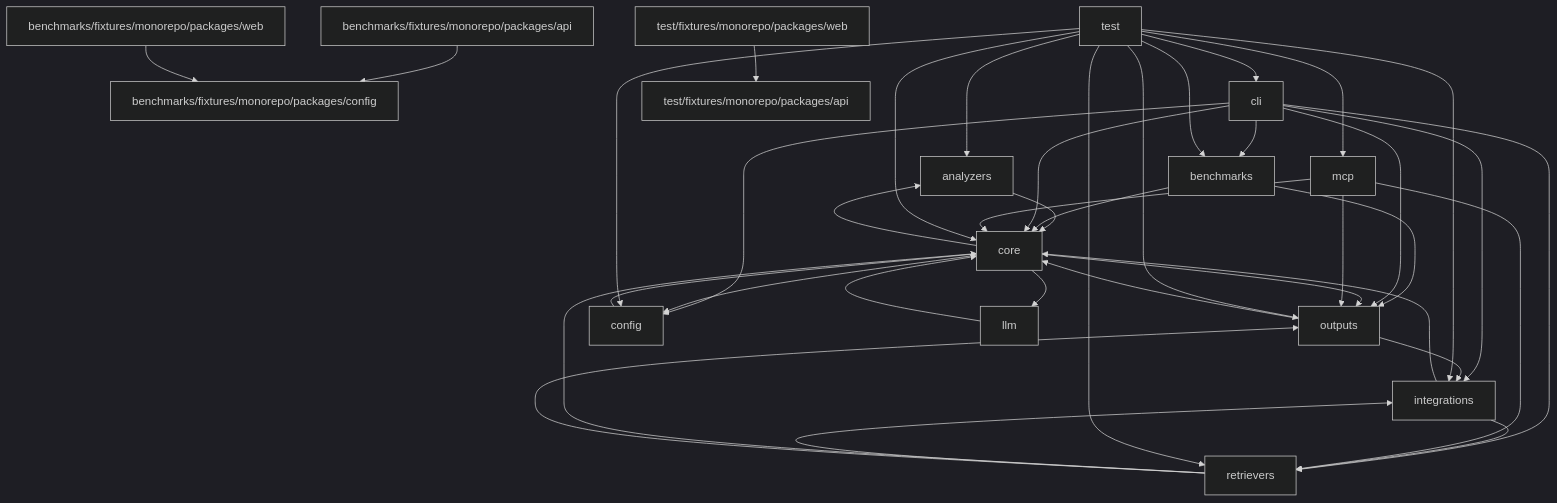
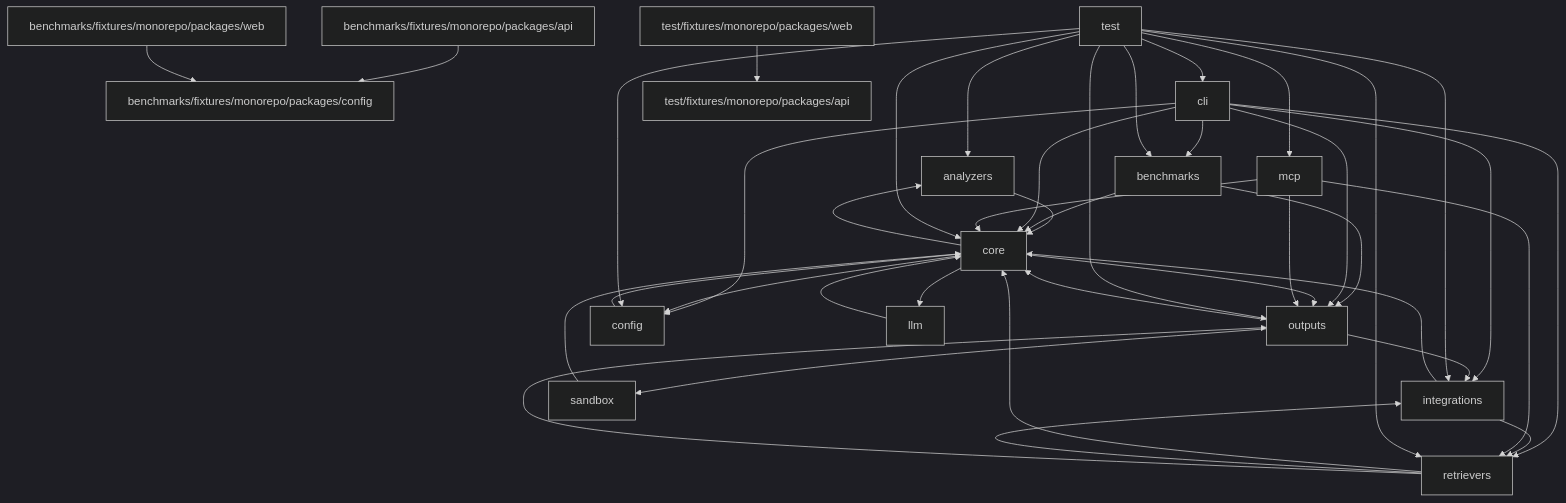
One commit to whut09/Code-Agent-plusplus changed the diagram in .agent-context/dependency-graph.md. Above: the diagram before and after it, drawn with Mermaid (dark theme). The commit also changed other lines of this file and 41 other files, not shown here.

````diff
--- a/.agent-context/dependency-graph.md
+++ b/.agent-context/dependency-graph.md
@@ -4,40 +4,42 @@
 ```mermaid
 graph TD
   analyzers["analyzers"] --> core["core"]
   benchmarks["benchmarks"] --> core["core"]
   benchmarks["benchmarks"] --> outputs["outputs"]
   benchmarks_fixtures_monorepo_packages_api["benchmarks/fixtures/monorepo/packages/api"] --> benchmarks_fixtures_monorepo_packages_config["benchmarks/fixtures/monorepo/packages/config"]
   benchmarks_fixtures_monorepo_packages_web["benchmarks/fixtures/monorepo/packages/web"] --> benchmarks_fixtures_monorepo_packages_config["benchmarks/fixtures/monorepo/packages/config"]
   cli["cli"] --> benchmarks["benchmarks"]
   cli["cli"] --> config["config"]
   cli["cli"] --> core["core"]
   cli["cli"] --> integrations["integrations"]
   cli["cli"] --> outputs["outputs"]
   cli["cli"] --> retrievers["retrievers"]
   config["config"] --> core["core"]
   core["core"] --> analyzers["analyzers"]
   core["core"] --> config["config"]
   core["core"] --> llm["llm"]
   core["core"] --> outputs["outputs"]
   integrations["integrations"] --> core["core"]
   integrations["integrations"] --> retrievers["retrievers"]
   llm["llm"] --> core["core"]
   mcp["mcp"] --> core["core"]
   mcp["mcp"] --> outputs["outputs"]
   mcp["mcp"] --> retrievers["retrievers"]
   outputs["outputs"] --> core["core"]
   outputs["outputs"] --> integrations["integrations"]
+  outputs["outputs"] --> sandbox["sandbox"]
   retrievers["retrievers"] --> core["core"]
   retrievers["retrievers"] --> integrations["integrations"]
   retrievers["retrievers"] --> outputs["outputs"]
+  sandbox["sandbox"] --> core["core"]
   test["test"] --> analyzers["analyzers"]
   test["test"] --> benchmarks["benchmarks"]
   test["test"] --> cli["cli"]
   test["test"] --> config["config"]
   test["test"] --> core["core"]
   test["test"] --> integrations["integrations"]
   test["test"] --> mcp["mcp"]
   test["test"] --> outputs["outputs"]
   test["test"] --> retrievers["retrievers"]
   test_fixtures_monorepo_packages_web["test/fixtures/monorepo/packages/web"] --> test_fixtures_monorepo_packages_api["test/fixtures/monorepo/packages/api"]
 ```
````
